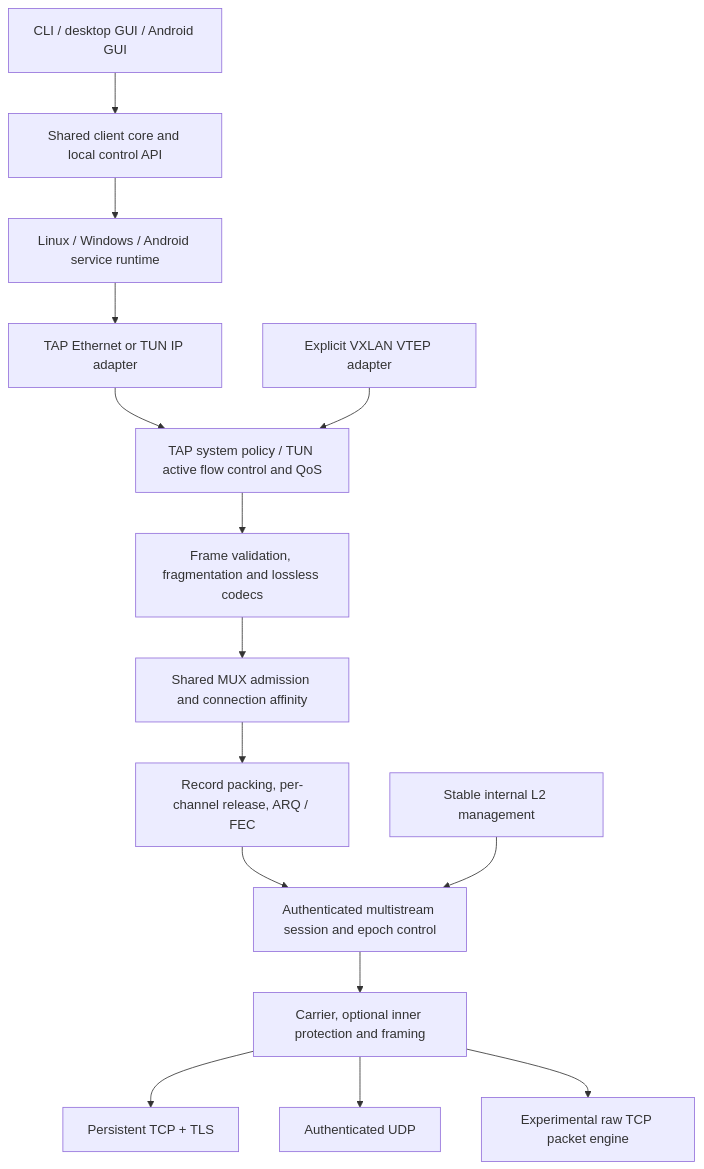
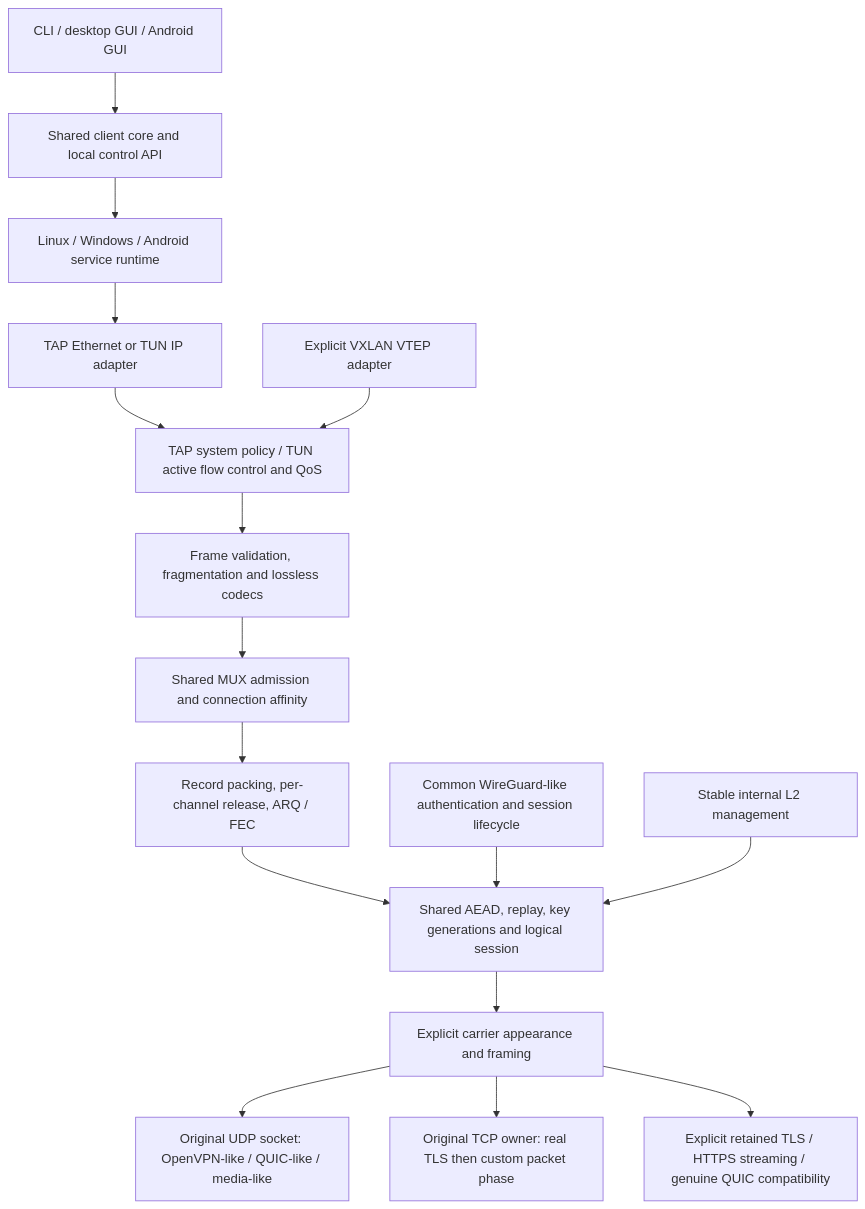
The diagram in docs/architecture.md (manageryzy/l2tunnel), drawn with Mermaid before and after one commit. The commit also changed other lines of this file and 36 other files, not shown here.

First line of the commit message:
chore: checkpoint Swift policy switching and carrier architecture review

````diff
--- a/docs/architecture.md
+++ b/docs/architecture.md
@@ -14,17 +46,18 @@
 ```mermaid
 flowchart TB
     UI[CLI / desktop GUI / Android GUI] --> API[Shared client core and local control API]
     API --> P[Linux / Windows / Android service runtime]
     P --> D[TAP Ethernet or TUN IP adapter]
     D --> Q[TAP system policy / TUN active flow control and QoS]
     Q --> F[Frame validation, fragmentation and lossless codecs]
     F --> M[Shared MUX admission and connection affinity]
     M --> R[Record packing, per-channel release, ARQ / FEC]
-    R --> S[Authenticated multistream session and epoch control]
+    R --> S[Shared AEAD, replay, key generations and logical session]
+    HS[Common WireGuard-like authentication and session lifecycle] --> S
     MG[Stable internal L2 management] --> S
     VX[Explicit VXLAN VTEP adapter] --> Q
-    S --> C[Carrier, optional inner protection and framing]
-    C --> T[Persistent TCP + TLS]
-    C --> U[Authenticated UDP]
-    C --> X[Experimental raw TCP packet engine]
+    S --> C[Explicit carrier appearance and framing]
+    C --> U[Original UDP socket: OpenVPN-like / QUIC-like / media-like]
+    C --> X[Original TCP owner: real TLS then custom packet phase]
+    C --> T[Explicit retained TLS / HTTPS streaming / genuine QUIC compatibility]
 ```
````
